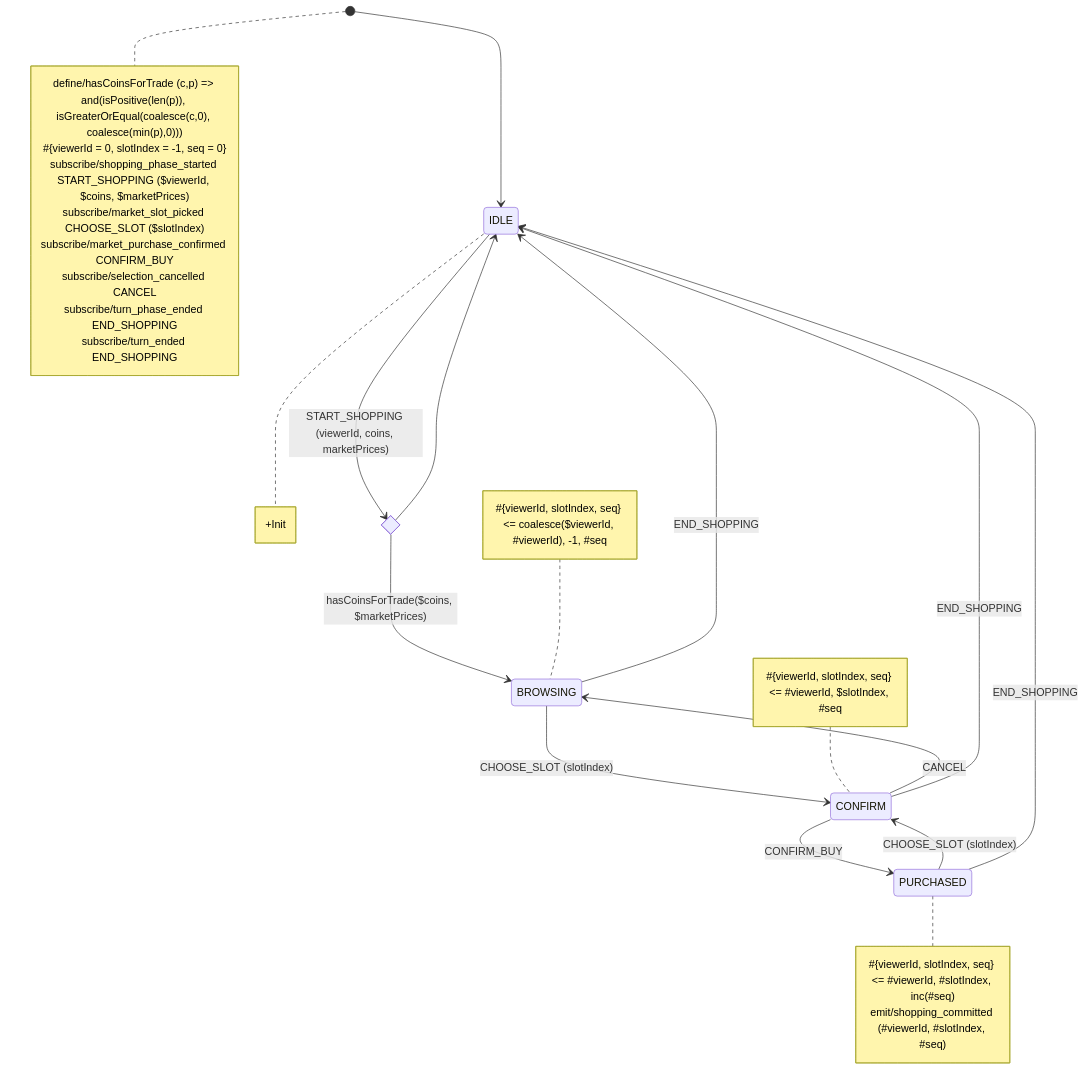
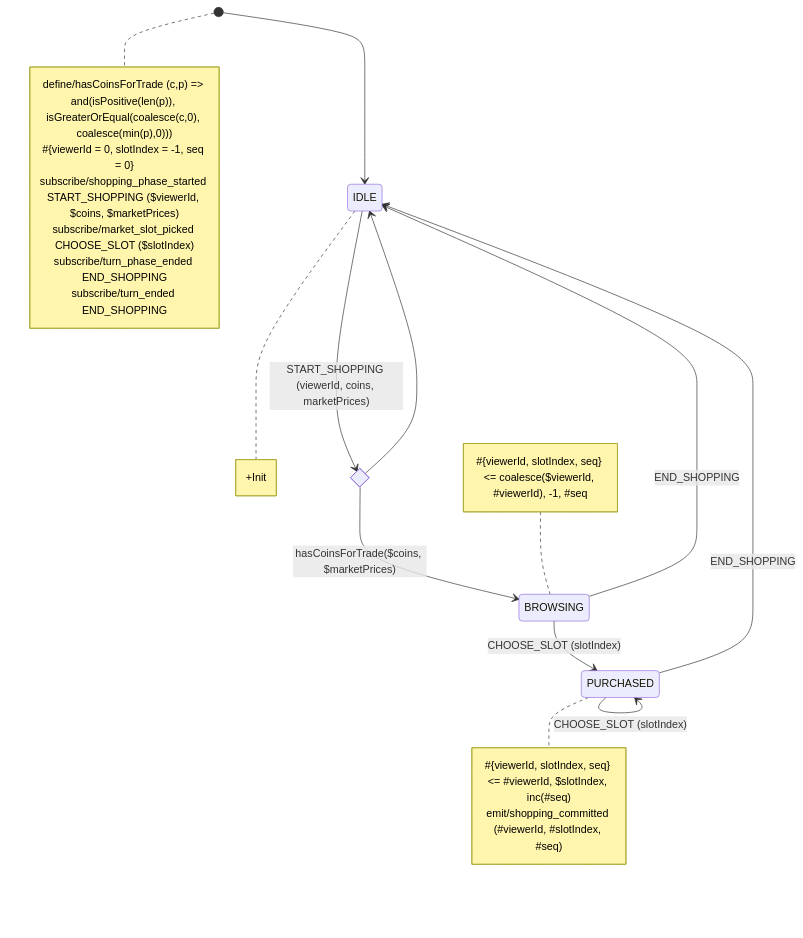
One commit to tfcp68/battle-farm changed the diagram in src/shared/lib/fsm/diagrams/shopping.mermaid. Above: the diagram before and after it, drawn with Mermaid. The commit also changed 10 other files, not shown here.

First line of the commit message:
feat(yantrix): drop the buy/fertilize confirm layers and the play overlay

```diff
--- a/src/shared/lib/fsm/diagrams/shopping.mermaid
+++ b/src/shared/lib/fsm/diagrams/shopping.mermaid
@@ -1,41 +1,32 @@
 stateDiagram-v2
     [*] --> IDLE
     state canAfford <<choice>>
     IDLE --> canAfford: START_SHOPPING (viewerId, coins, marketPrices)
     canAfford --> BROWSING: hasCoinsForTrade($coins, $marketPrices)
     canAfford --> IDLE
-    BROWSING --> CONFIRM: CHOOSE_SLOT (slotIndex)
-    CONFIRM --> PURCHASED: CONFIRM_BUY
-    CONFIRM --> BROWSING: CANCEL
-    PURCHASED --> CONFIRM: CHOOSE_SLOT (slotIndex)
+    BROWSING --> PURCHASED: CHOOSE_SLOT (slotIndex)
+    PURCHASED --> PURCHASED: CHOOSE_SLOT (slotIndex)
     BROWSING --> IDLE: END_SHOPPING
-    CONFIRM --> IDLE: END_SHOPPING
     PURCHASED --> IDLE: END_SHOPPING
 
 note right of IDLE
 +Init
 end note
 
 note right of [*]
 define/hasCoinsForTrade (c,p) => and(isPositive(len(p)), isGreaterOrEqual(coalesce(c,0), coalesce(min(p),0)))
 #{viewerId = 0, slotIndex = -1, seq = 0}
 subscribe/shopping_phase_started START_SHOPPING ($viewerId, $coins, $marketPrices)
 subscribe/market_slot_picked CHOOSE_SLOT ($slotIndex)
-subscribe/market_purchase_confirmed CONFIRM_BUY
-subscribe/selection_cancelled CANCEL
 subscribe/turn_phase_ended END_SHOPPING
 subscribe/turn_ended END_SHOPPING
 end note
 
 note left of BROWSING
 #{viewerId, slotIndex, seq} <= coalesce($viewerId, #viewerId), -1, #seq
 end note
 
-note left of CONFIRM
-#{viewerId, slotIndex, seq} <= #viewerId, $slotIndex, #seq
-end note
-
 note right of PURCHASED
-#{viewerId, slotIndex, seq} <= #viewerId, #slotIndex, inc(#seq)
+#{viewerId, slotIndex, seq} <= #viewerId, $slotIndex, inc(#seq)
 emit/shopping_committed (#viewerId, #slotIndex, #seq)
 end note
```
